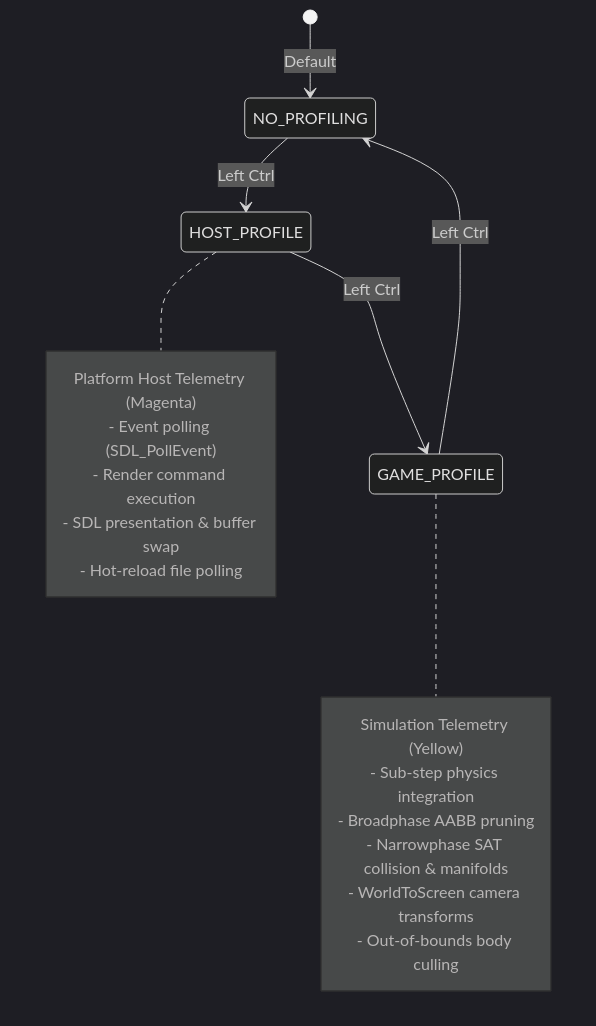
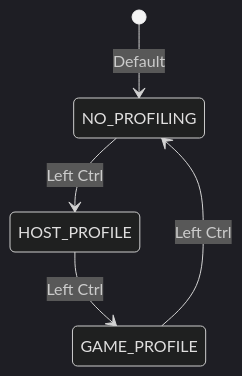
One commit to Supriyo-455/2d_physics_engine changed the diagram in README.md. Above: the diagram before and after it, drawn with Mermaid (dark theme).

````diff
--- a/README.md
+++ b/README.md
@@ -100,24 +100,7 @@
 ```mermaid
 stateDiagram-v2
     [*] --> NO_PROFILING : Default
     NO_PROFILING --> HOST_PROFILE : Left Ctrl
     HOST_PROFILE --> GAME_PROFILE : Left Ctrl
     GAME_PROFILE --> NO_PROFILING : Left Ctrl
-
-    note right of HOST_PROFILE
-      Platform Host Telemetry (Magenta)
-      - Event polling (SDL_PollEvent)
-      - Render command execution
-      - SDL presentation & buffer swap
-      - Hot-reload file polling
-    end note
-
-    note right of GAME_PROFILE
-      Simulation Telemetry (Yellow)
-      - Sub-step physics integration
-      - Broadphase AABB pruning
-      - Narrowphase SAT collision & manifolds
-      - WorldToScreen camera transforms
-      - Out-of-bounds body culling
-    end note
 ```
````
